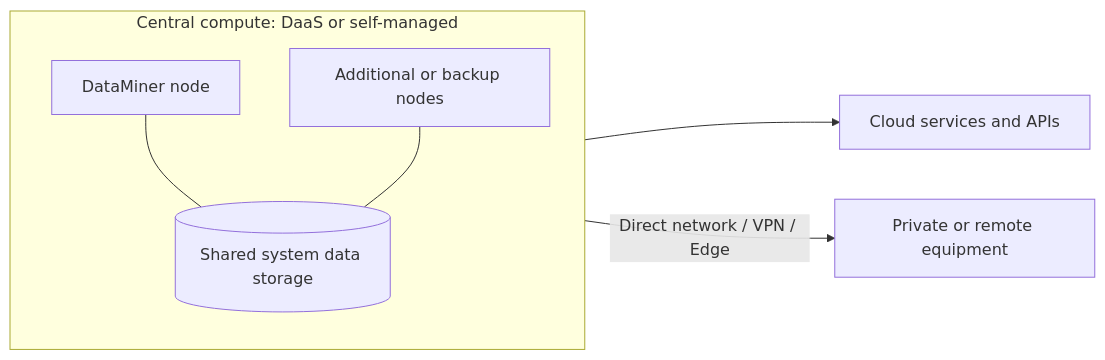
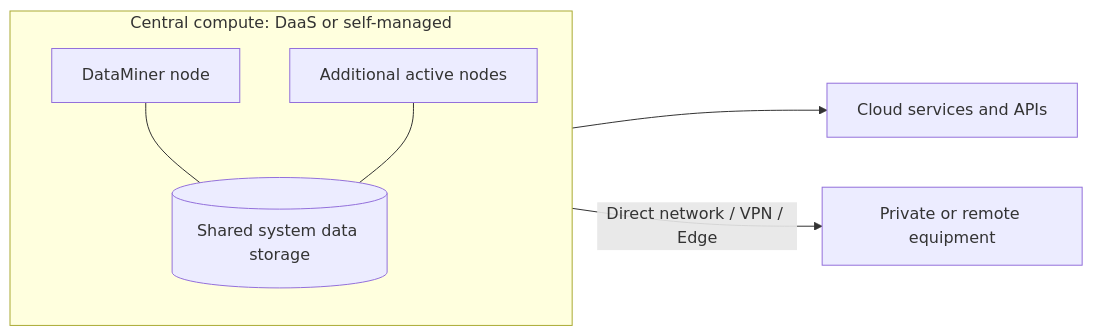
One commit to SkylineCommunications/dataminer-docs changed the diagram in dataminer/About_DataMiner/System_architectures/Topologies/Architecture_centralized_cluster.md. Above: the diagram before and after it, drawn with Mermaid. The commit also changed other lines of this file and 12 other files, not shown here.

First line of the commit message:
Refine architecture operations and lab-to-production guidance

````diff
--- a/dataminer/About_DataMiner/System_architectures/Topologies/Architecture_centralized_cluster.md
+++ b/dataminer/About_DataMiner/System_architectures/Topologies/Architecture_centralized_cluster.md
@@ -19,9 +29,9 @@
 ```mermaid
 flowchart LR
     subgraph Central["Central compute: DaaS or self-managed"]
         A[DataMiner node] --- S[(Shared system data storage)]
-        B[Additional or backup nodes] --- S
+        B[Additional active nodes] --- S
     end
     Central --> APIs[Cloud services and APIs]
     Central -- Direct network / VPN / Edge --> Sites[Private or remote equipment]
 ```
````
